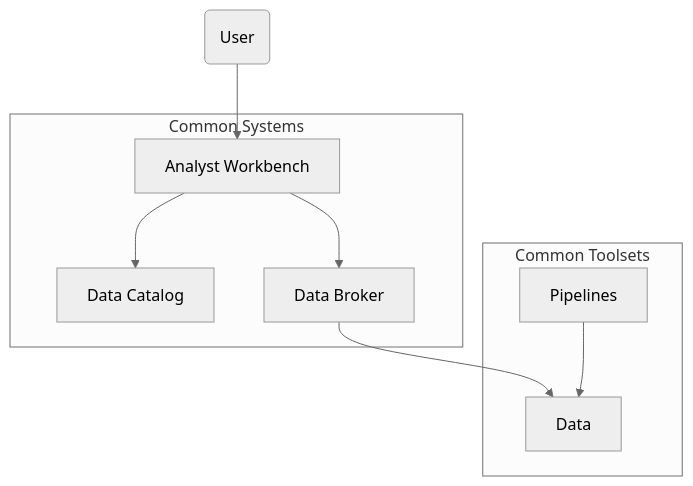
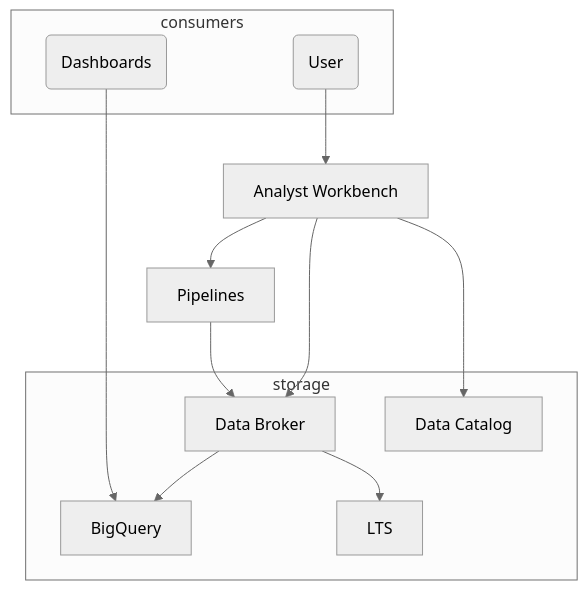
One commit to mabel-dev/korolev changed the diagram in README.md. Above: the diagram before and after it, drawn with Mermaid (neutral theme). The commit also changed other lines of this file, not shown here.

```diff
--- a/README.md
+++ b/README.md
@@ -125,12 +131,18 @@
 ~~~mermaid
 flowchart TD
+    ESI(Dashboards) --> BQ
     USER(User) --> WB[Analyst Workbench]
-    subgraph Common Systems
-        WB --> CATALOG[Data Catalog]
-        WB --> BROKER[Data Broker]
+    WB --> CATALOG[Data Catalog]
+    WB --> BROKER[Data Broker]
+    WB --> PIPE[Pipelines]
+    PIPE --> BROKER
+    subgraph storage
+        CATALOG
+        BROKER --> DATA[LTS]
+        BROKER --> BQ[BigQuery]
     end
-    subgraph Common Toolsets
-        BROKER --> DATA[Data]
-        PIPE[Pipelines] --> DATA
+    subgraph consumers
+        ESI
+        USER
     end
 ~~~
```
